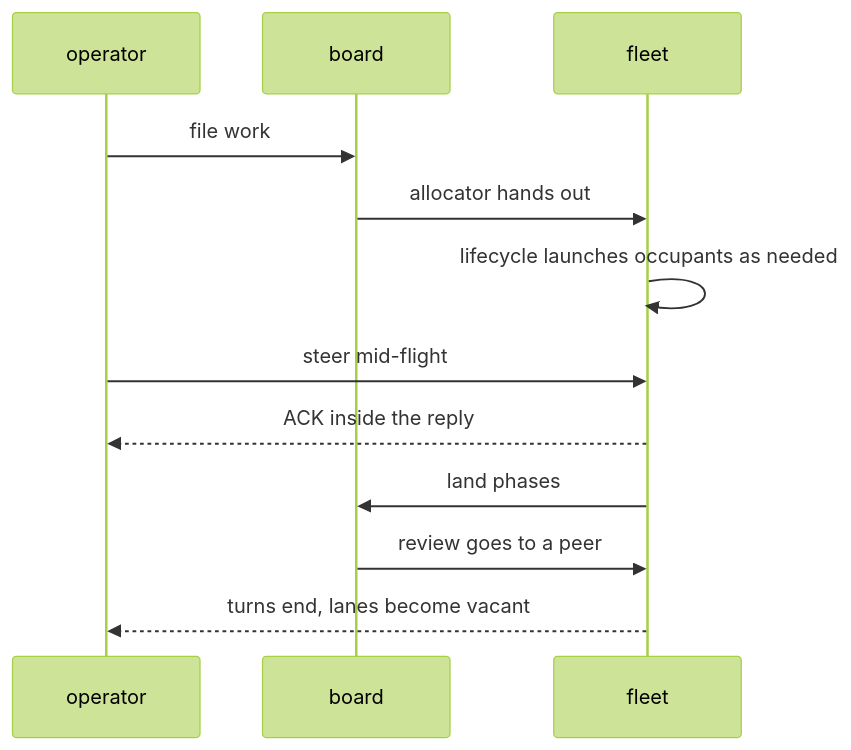
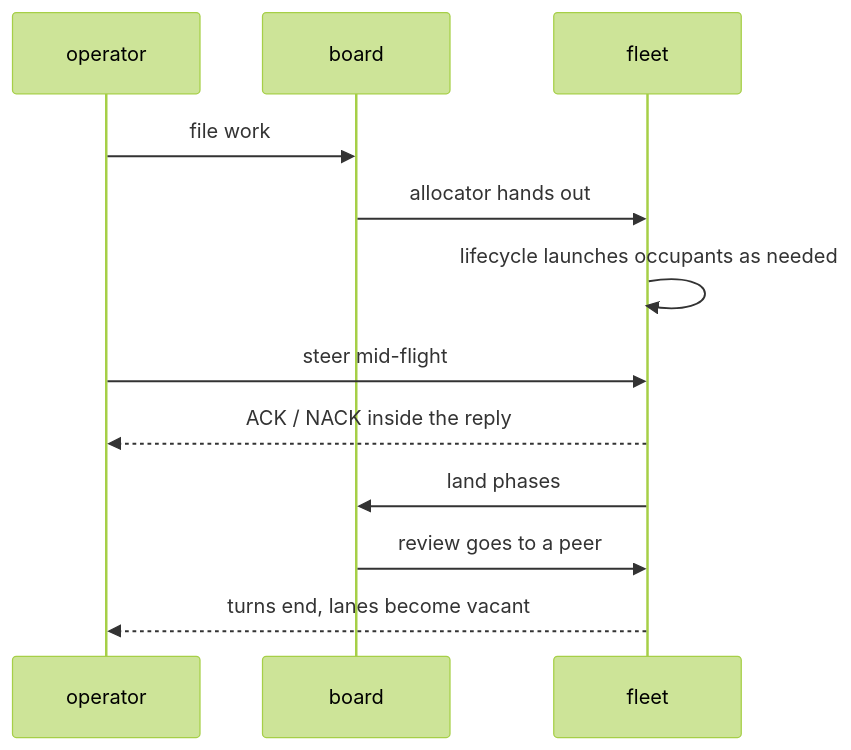
One commit to infimalabs/spice-rust changed the third of 6 diagrams in docs/product/model/failures.md. Above: the diagram before and after it, drawn with Mermaid (forest theme). The commit also changed other lines of this file and 120 other files, not shown here.

````diff
--- a/docs/product/model/failures.md
+++ b/docs/product/model/failures.md
@@ -92,14 +93,14 @@
 ```mermaid
 sequenceDiagram
   participant O as operator
   participant B as board
   participant F as fleet
   O->>B: file work
   B->>F: allocator hands out
   F->>F: lifecycle launches occupants as needed
   O->>F: steer mid-flight
-  F-->>O: ACK inside the reply
+  F-->>O: ACK / NACK inside the reply
   F->>B: land phases
   B->>F: review goes to a peer
   F-->>O: turns end, lanes become vacant
 ```
````
